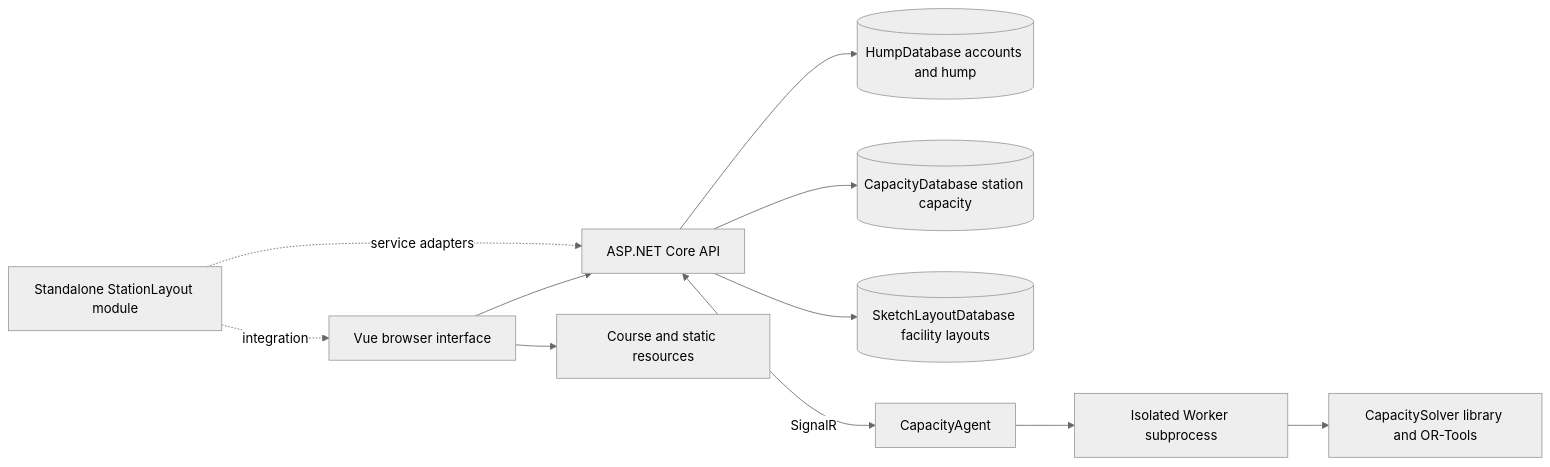
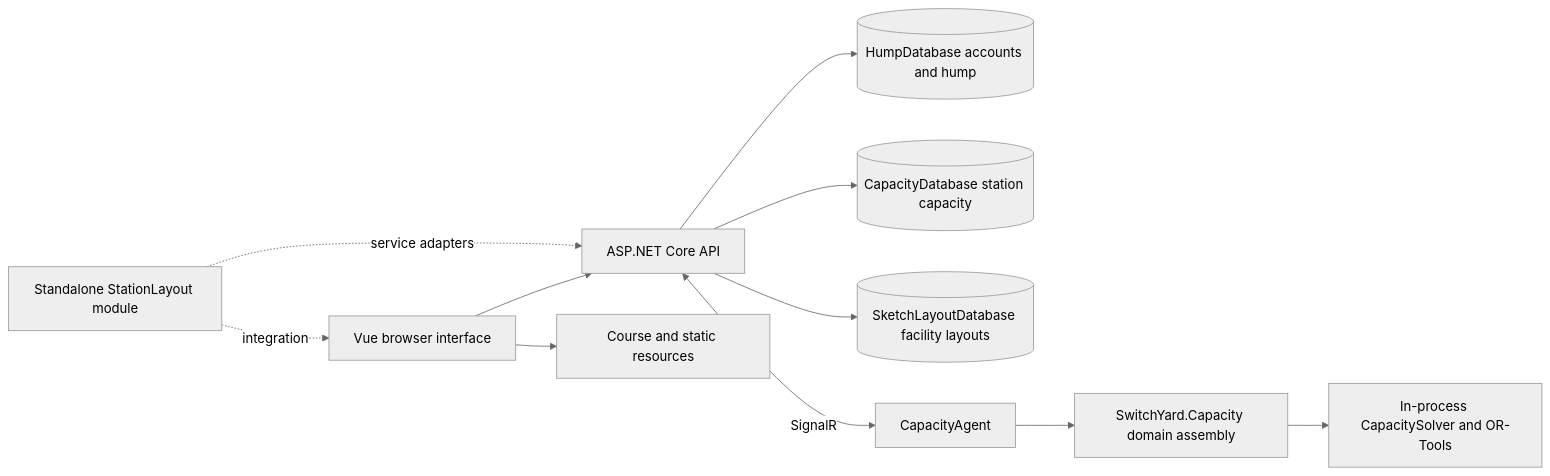
Before and after one commit to lzw37/SwitchYard: the diagram in docs/en/01-overview.md, drawn with Mermaid (neutral theme). The commit also changed other lines of this file and 28 other files, not shown here.

Commit message:
Reconstruct capacity solver program

````diff
--- a/docs/en/01-overview.md
+++ b/docs/en/01-overview.md
@@ -63,13 +63,13 @@
 ```mermaid
 flowchart LR
     Browser[Vue browser interface] --> API[ASP.NET Core API]
     Browser --> Assets[Course and static resources]
     API --> HumpDB[(HumpDatabase accounts and hump)]
     API --> CapacityDB[(CapacityDatabase station capacity)]
     API --> SketchDB[(SketchLayoutDatabase facility layouts)]
     API <-->|SignalR| Agent[CapacityAgent]
-    Agent --> Worker[Isolated Worker subprocess]
-    Worker --> Solver[CapacitySolver library and OR-Tools]
+    Agent --> Domain[SwitchYard.Capacity domain assembly]
+    Domain --> Solver[In-process CapacitySolver and OR-Tools]
     Module[Standalone StationLayout module] -. integration .-> Browser
     Module -. service adapters .-> API
 ```
````
